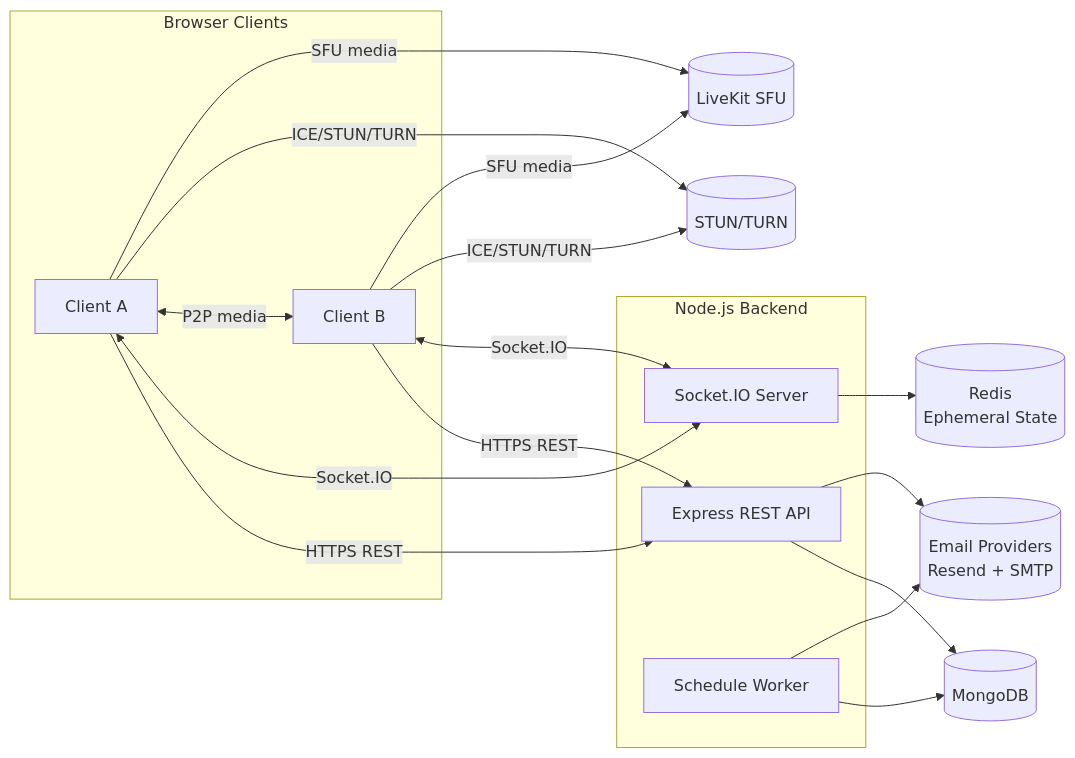
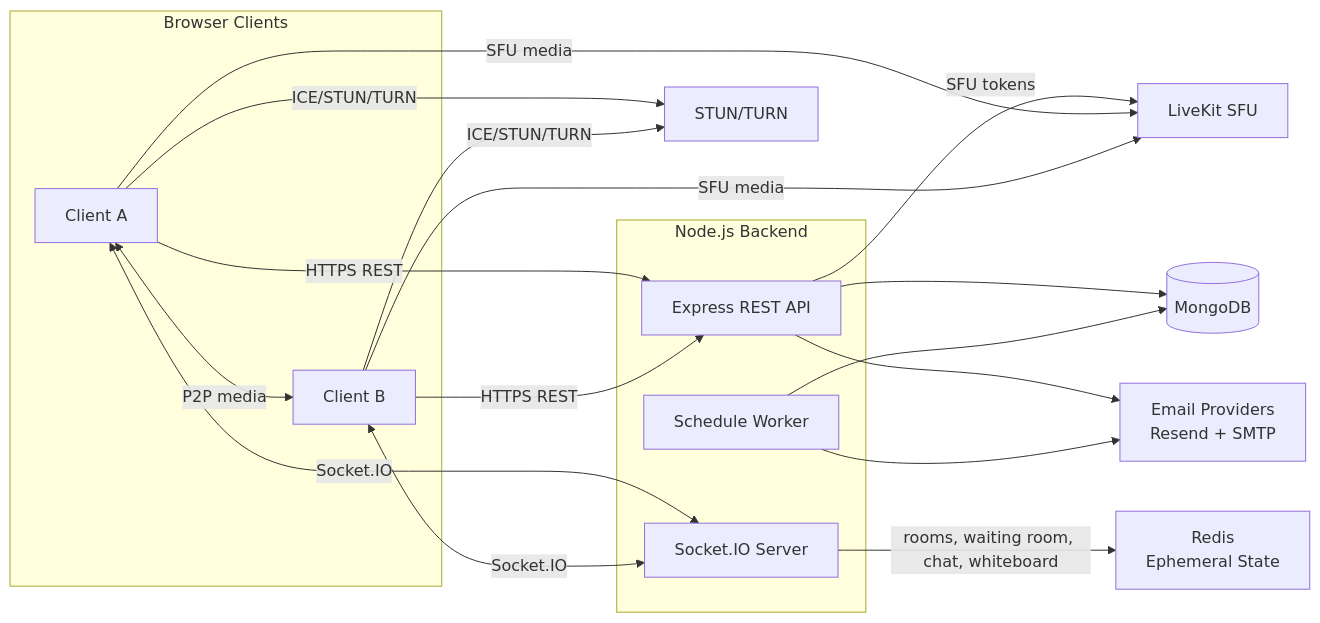
Before and after one commit to MANANPATEL7310/ConvoX: the first of 2 diagrams in README.md, drawn with Mermaid. The commit also changed other lines of this file, not shown here.

````diff
--- a/README.md
+++ b/README.md
@@ -46,37 +57,38 @@
 ```mermaid
 flowchart LR
-  subgraph Clients[Browser Clients]
+  subgraph Clients["Browser Clients"]
     A[Client A]
     B[Client B]
   end
 
-  subgraph Backend[Node.js Backend]
-    API[Express REST API]
-    Socket[Socket.IO Server]
-    Worker[Schedule Worker]
+  subgraph Backend["Node.js Backend"]
+    API["Express REST API"]
+    Socket["Socket.IO Server"]
+    Worker["Schedule Worker"]
   end
 
   DB[(MongoDB)]
-  REDIS[("Redis<br/>Ephemeral State")]
-  MAIL[("Email Providers<br/>Resend + SMTP")]
-  SFU[(LiveKit SFU)]
-  TURN[(STUN/TURN)]
+  REDIS["Redis<br/>Ephemeral State"]
+  MAIL["Email Providers<br/>Resend + SMTP"]
+  SFU["LiveKit SFU"]
+  TURN["STUN/TURN"]
 
   A -->|HTTPS REST| API
   B -->|HTTPS REST| API
   A <-->|Socket.IO| Socket
   B <-->|Socket.IO| Socket
 
   A <-->|P2P media| B
   A -->|ICE/STUN/TURN| TURN
   B -->|ICE/STUN/TURN| TURN
 
+  API -->|SFU tokens| SFU
   A -->|SFU media| SFU
   B -->|SFU media| SFU
 
   API --> DB
   API --> MAIL
-  Socket --> REDIS
+  Socket -->|rooms, waiting room, chat, whiteboard| REDIS
   Worker --> DB
   Worker --> MAIL
 ```
````
